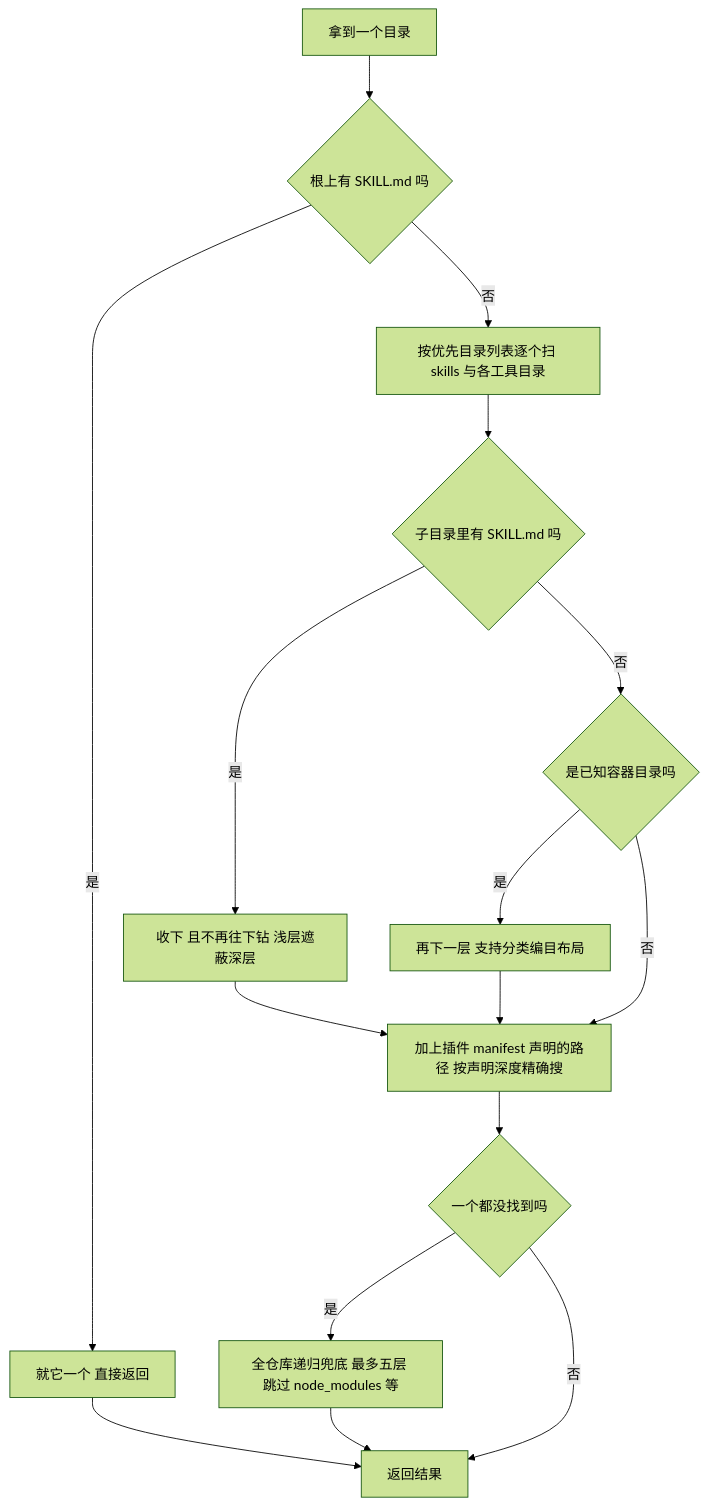
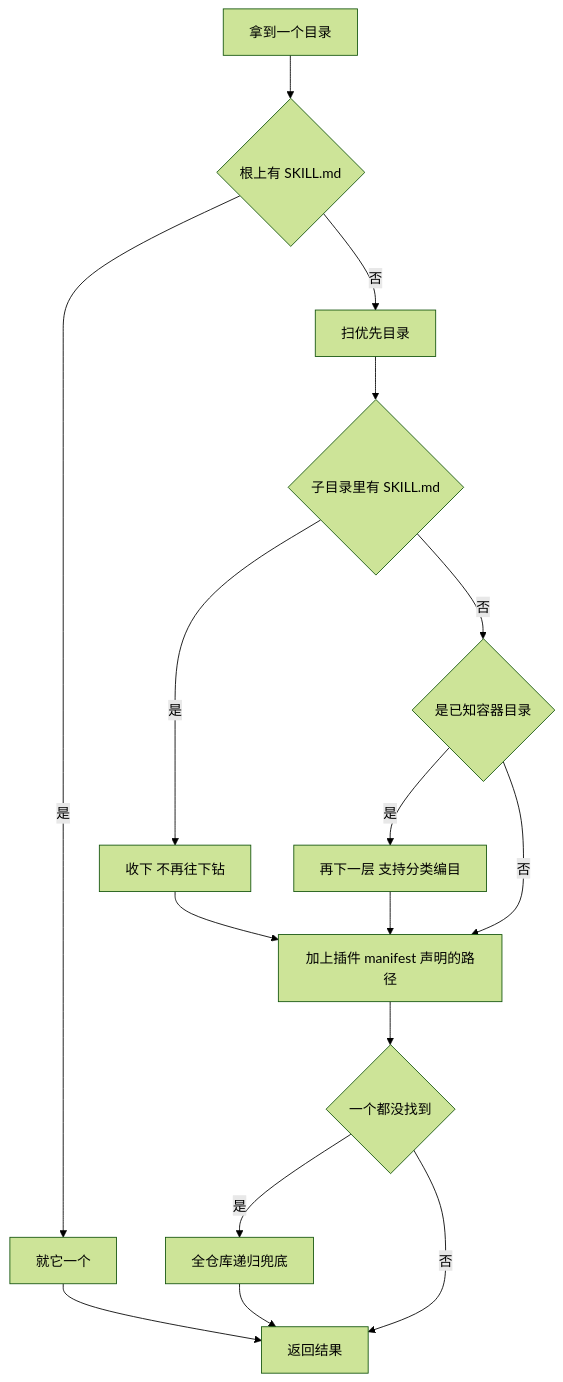
Before and after one commit to diguike/book-source-reading: the third of 6 diagrams in book/07-vercel-skills.md, drawn with Mermaid (forest theme). The commit also changed other lines of this file, not shown here.

Commit message:
docs: rewrite ch7 - fix factual errors, add Go modules comparison, cut template structure

````diff
--- a/book/07-vercel-skills.md
+++ b/book/07-vercel-skills.md
@@ -330,26 +296,26 @@
 ```mermaid
 graph TB
     Start["拿到一个目录"]
-    Root{"根上有 SKILL.md 吗"}
-    RootHit["就它一个 直接返回"]
-    Pri["按优先目录列表逐个扫 skills 与各工具目录"]
-    L1{"子目录里有 SKILL.md 吗"}
-    Hit1["收下 且不再往下钻 浅层遮蔽深层"]
-    L2{"是已知容器目录吗"}
-    L2Scan["再下一层 支持分类编目布局"]
-    Manifest["加上插件 manifest 声明的路径 按声明深度精确搜"]
-    Empty{"一个都没找到吗"}
-    Deep["全仓库递归兜底 最多五层 跳过 node_modules 等"]
+    Root{"根上有 SKILL.md"}
+    RootHit["就它一个"]
+    Pri["扫优先目录"]
+    L1{"子目录里有 SKILL.md"}
+    Hit1["收下 不再往下钻"]
+    L2{"是已知容器目录"}
+    L2Scan["再下一层 支持分类编目"]
+    Manifest["加上插件 manifest 声明的路径"]
+    Empty{"一个都没找到"}
+    Deep["全仓库递归兜底"]
     Done["返回结果"]
 
     Start --> Root
     Root -->|是| RootHit --> Done
     Root -->|否| Pri --> L1
     L1 -->|是| Hit1 --> Manifest
     L1 -->|否| L2
     L2 -->|是| L2Scan --> Manifest
     L2 -->|否| Manifest
     Manifest --> Empty
     Empty -->|是| Deep --> Done
     Empty -->|否| Done
 ```
````
